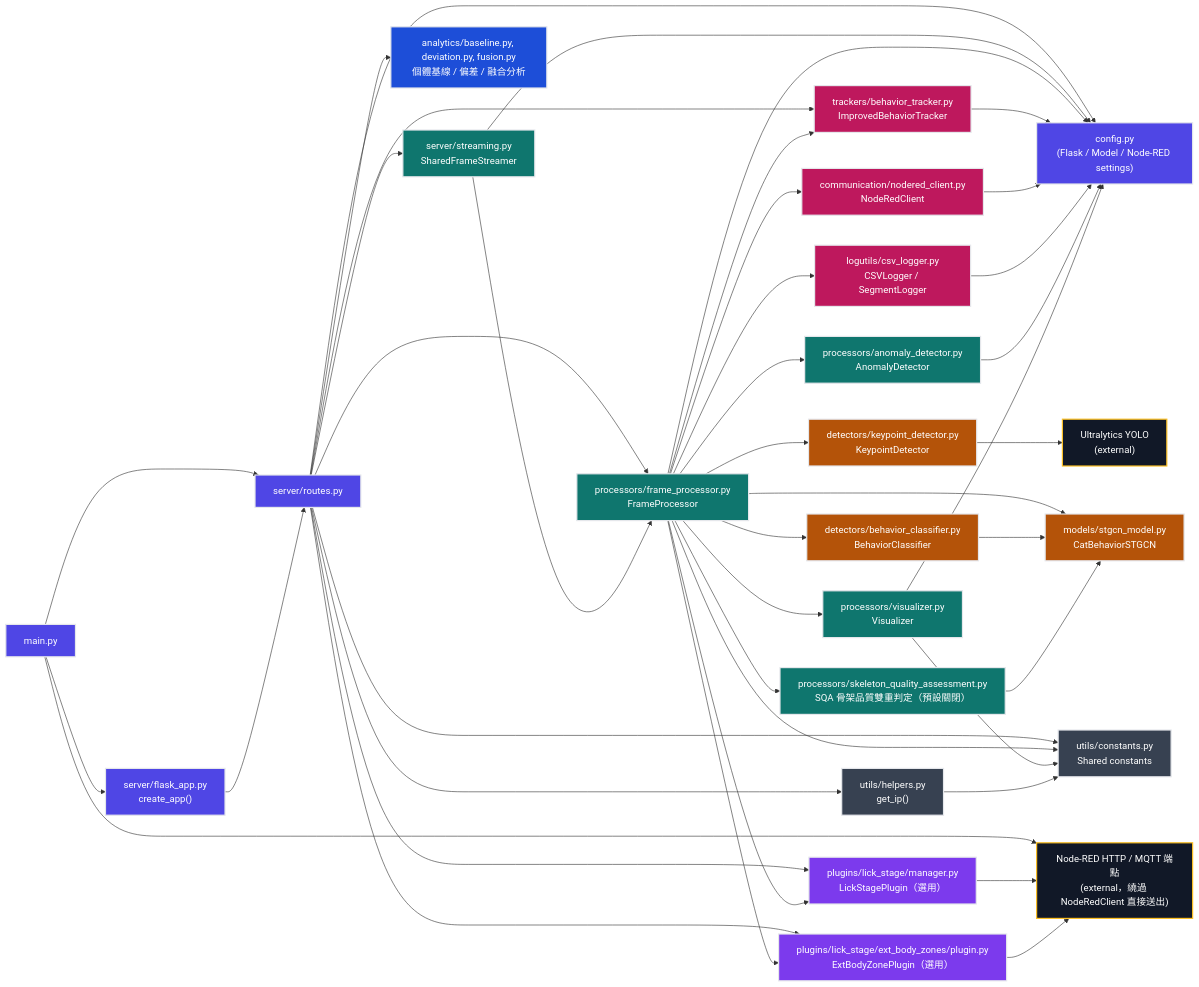
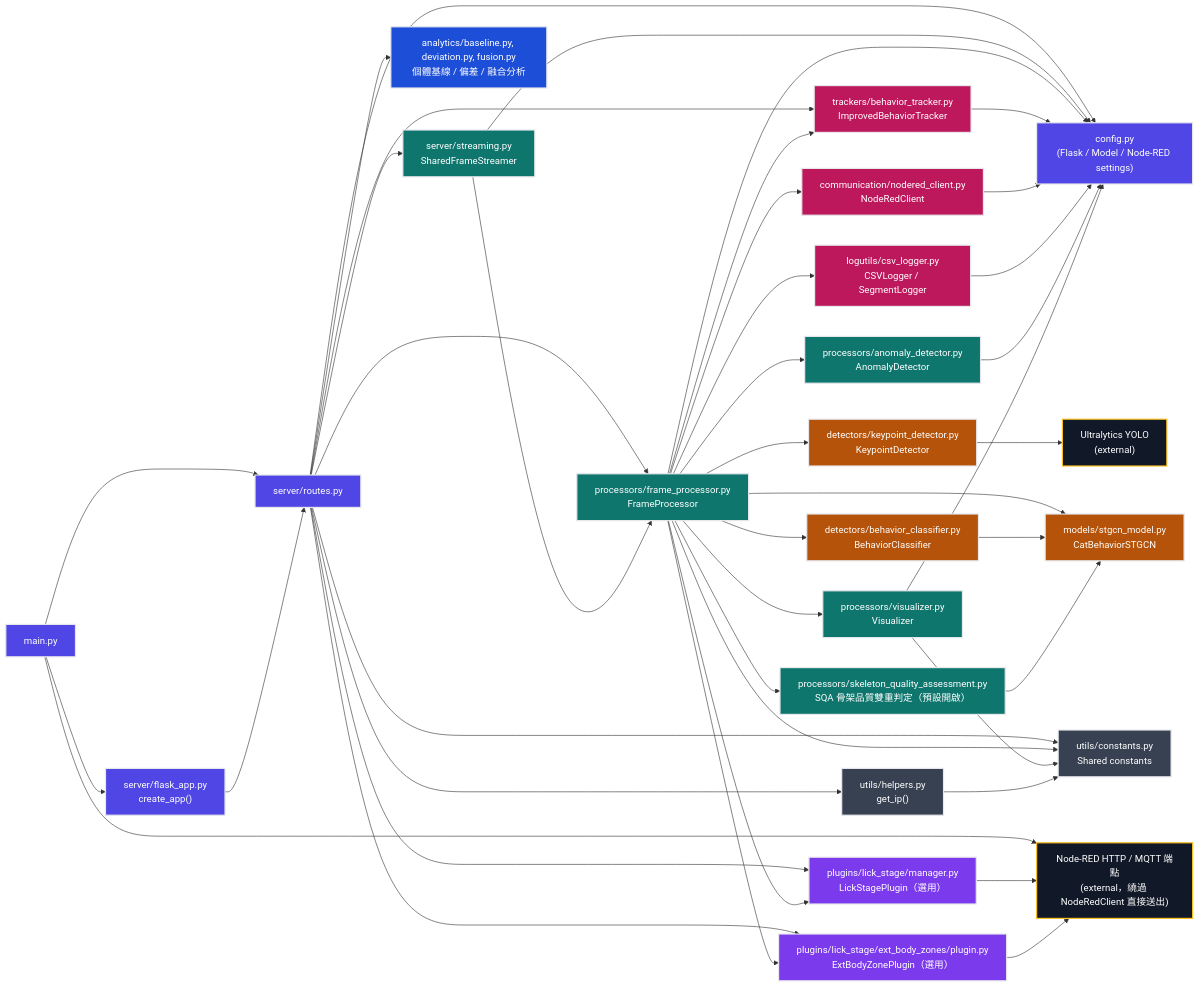
Before and after one commit to reqw123/ai_project: the diagram in paper/docs/模組責任畫分.md, drawn with Mermaid. The commit also changed other lines of this file and 293 other files, not shown here.

```diff
--- a/paper/docs/模組責任畫分.md
+++ b/paper/docs/模組責任畫分.md
@@ -34,7 +86,7 @@
 
     viz["processors/visualizer.py<br/>Visualizer"]
 
-    sqa["processors/skeleton_quality_assessment.py<br/>SQA 骨架品質雙重判定（預設關閉）"]
+    sqa["processors/skeleton_quality_assessment.py<br/>SQA 骨架品質雙重判定（預設開啟）"]
 
 
 
```
